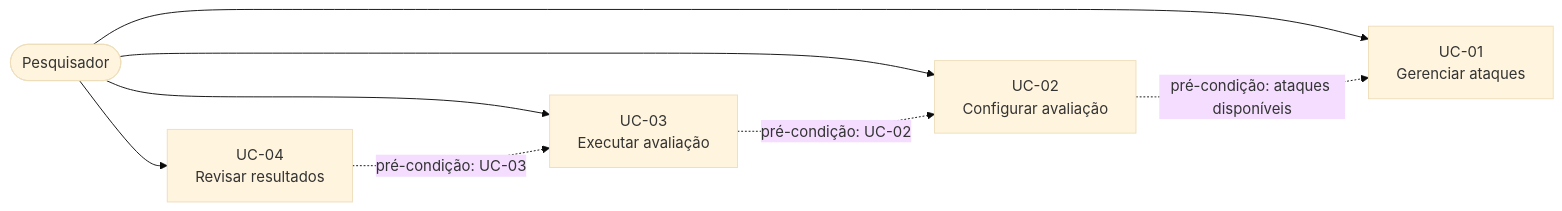
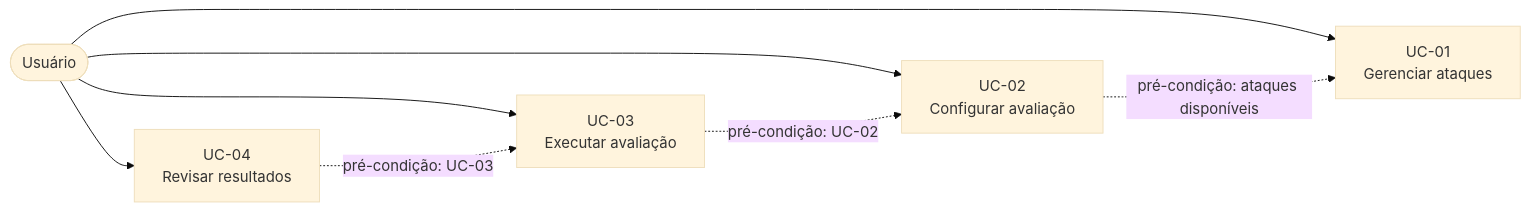
The diagram in docs/4-casos-de-uso.md (onhoudini/SI), drawn with Mermaid (base theme) before and after one commit. The commit also changed other lines of this file and 2 other files, not shown here.

Commit message:
Retirando escopo de usuário autorizado

````diff
--- a/docs/4-casos-de-uso.md
+++ b/docs/4-casos-de-uso.md
@@ -11,18 +11,18 @@
 ```mermaid
 flowchart LR
-    Pesquisador([Pesquisador])
+    Usuário([Usuário])
 
     UC01[UC-01<br>Gerenciar ataques]
     UC02[UC-02<br>Configurar avaliação]
     UC03[UC-03<br>Executar avaliação]
     UC04[UC-04<br>Revisar resultados]
 
-    Pesquisador --> UC01
-    Pesquisador --> UC02
-    Pesquisador --> UC03
-    Pesquisador --> UC04
+    Usuário --> UC01
+    Usuário --> UC02
+    Usuário --> UC03
+    Usuário --> UC04
 
     UC02 -.->|pré-condição: ataques disponíveis| UC01
     UC03 -.->|pré-condição: UC-02| UC02
     UC04 -.->|pré-condição: UC-03| UC03
 ```
````
